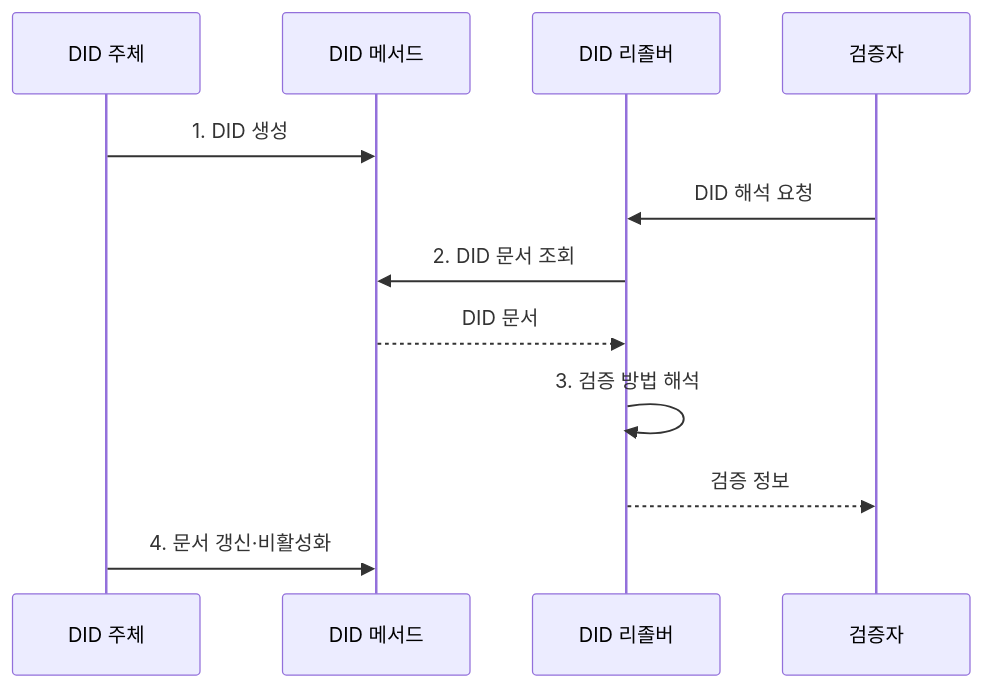
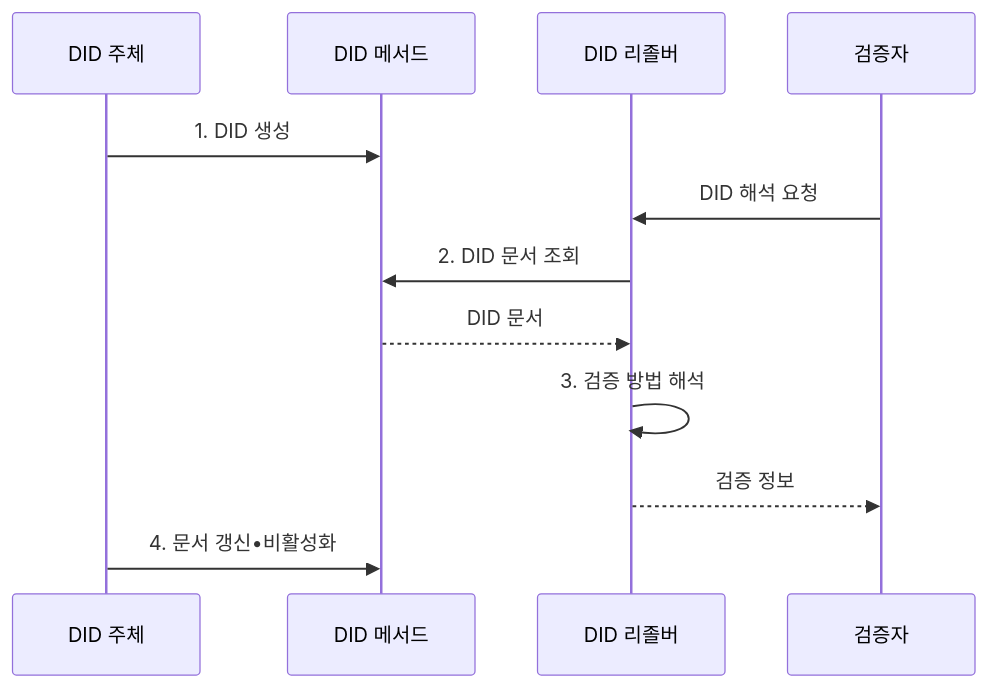
Before and after one commit to agnusdei1207/knowledge-base: the second of 2 diagrams in src/content/docs/notes/08-latest-tech/220_did_decentralized_identifier.md, drawn with Mermaid. The commit also changed other lines of this file and 953 other files, not shown here.

````diff
--- a/src/content/docs/notes/08-latest-tech/220_did_decentralized_identifier.md
+++ b/src/content/docs/notes/08-latest-tech/220_did_decentralized_identifier.md
@@ -101,14 +101,14 @@
 ```mermaid
 sequenceDiagram
   participant S as DID 주체
   participant M as DID 메서드
   participant R as DID 리졸버
   participant V as 검증자
   S->>M: 1. DID 생성
   V->>R: DID 해석 요청
   R->>M: 2. DID 문서 조회
   M-->>R: DID 문서
   R->>R: 3. 검증 방법 해석
   R-->>V: 검증 정보
-  S->>M: 4. 문서 갱신·비활성화
+  S->>M: 4. 문서 갱신•비활성화
 ```
````
